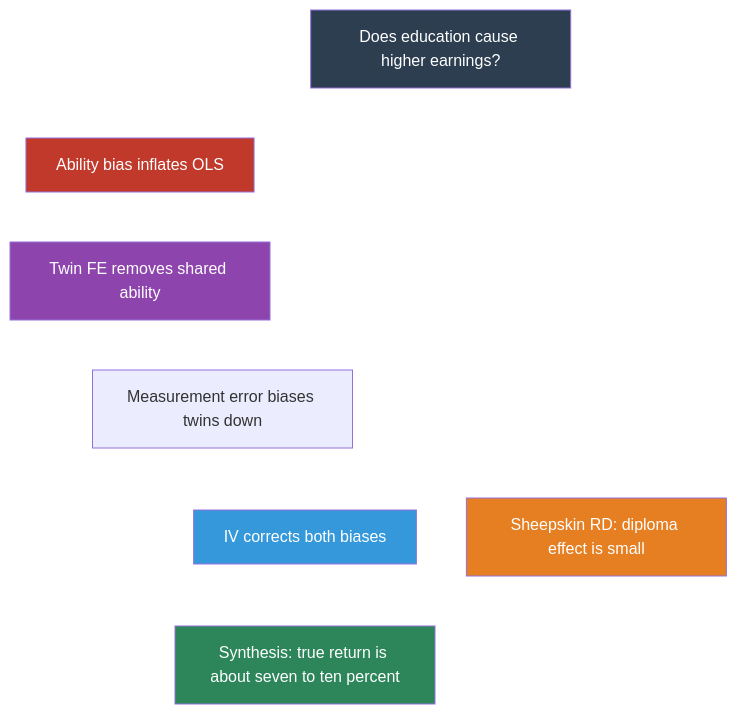
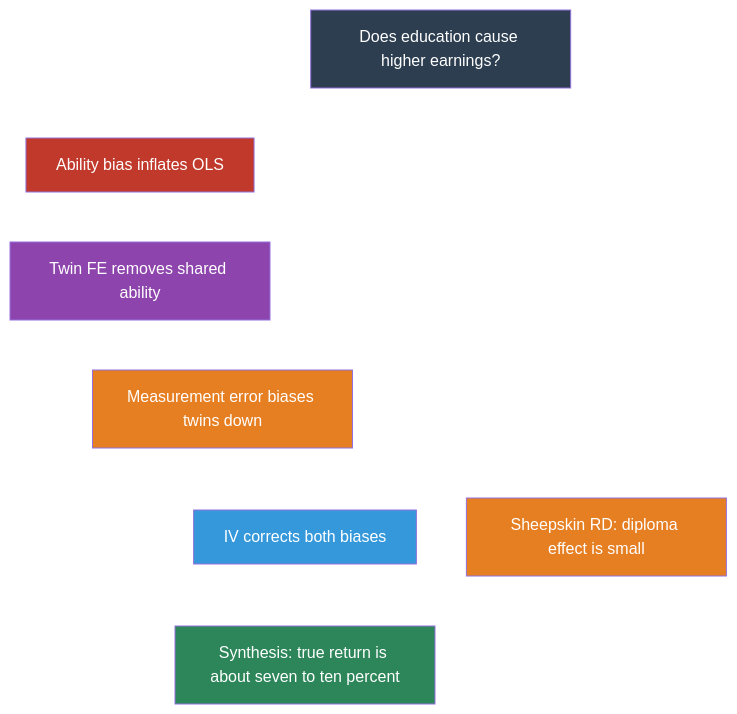
One commit to cmg777/intro2causal changed the second of 2 diagrams in book/notebooks_quarto/06-wages-of-schooling.qmd. Above: the diagram before and after it, drawn with Mermaid. The commit also changed other lines of this file and 5 other files, not shown here.

Commit message:
Add missing node styles and explanatory paragraphs to all mermaid diagrams

````diff
--- a/book/notebooks_quarto/06-wages-of-schooling.qmd
+++ b/book/notebooks_quarto/06-wages-of-schooling.qmd
@@ -503,31 +505,32 @@
 ```{mermaid}
 %%| label: fig-concept-map
 %%| fig-cap: "How the key concepts of Chapter 6 connect"
 
 graph TD
     Q["Does education cause higher earnings?"]
     AB["Ability bias inflates OLS"]
     TW["Twin FE removes shared ability"]
     ME["Measurement error biases twins down"]
     IV["IV corrects both biases"]
     RD["Sheepskin RD: diploma effect is small"]
     SYN["Synthesis: true return is about seven to ten percent"]
 
     Q --> AB
     AB --> TW
     TW --> ME
     ME --> IV
     Q --> IV
     Q --> RD
     TW --> SYN
     IV --> SYN
     RD --> SYN
 
     style Q fill:#2c3e50,color:#fff
     style AB fill:#c0392b,color:#fff
     style TW fill:#8e44ad,color:#fff
+    style ME fill:#e67e22,color:#fff
     style IV fill:#3498db,color:#fff
     style RD fill:#e67e22,color:#fff
     style SYN fill:#2d8659,color:#fff
     linkStyle default stroke:#fff,stroke-width:2px
 ```
````
